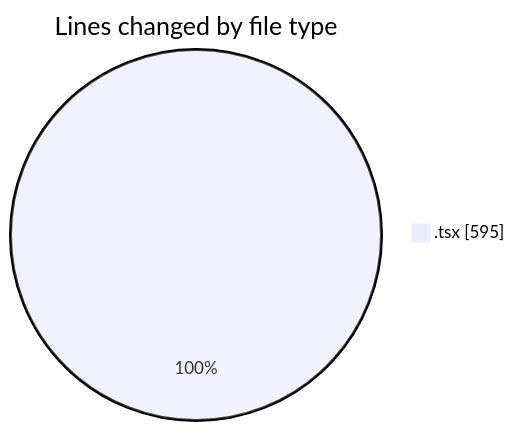
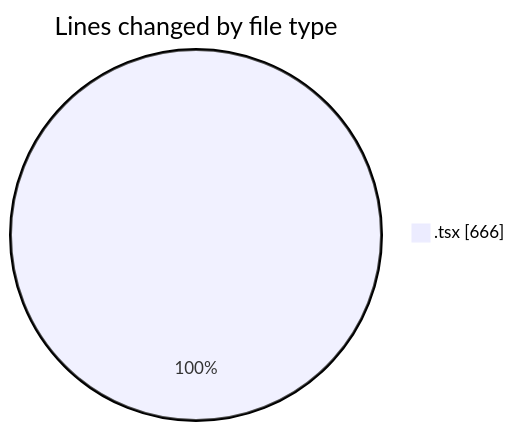
Before and after one commit to Elitesun/code-tracking: the first of 2 diagrams in 2025-05-08/niten/README.md, drawn with Mermaid. The commit also changed other lines of this file and 1 other file, not shown here.

````diff
--- a/2025-05-08/niten/README.md
+++ b/2025-05-08/niten/README.md
@@ -20,5 +20,5 @@
 ```mermaid
 pie showData
 title Lines changed by file type
-".tsx" : 595
+".tsx" : 666
 ```
````
